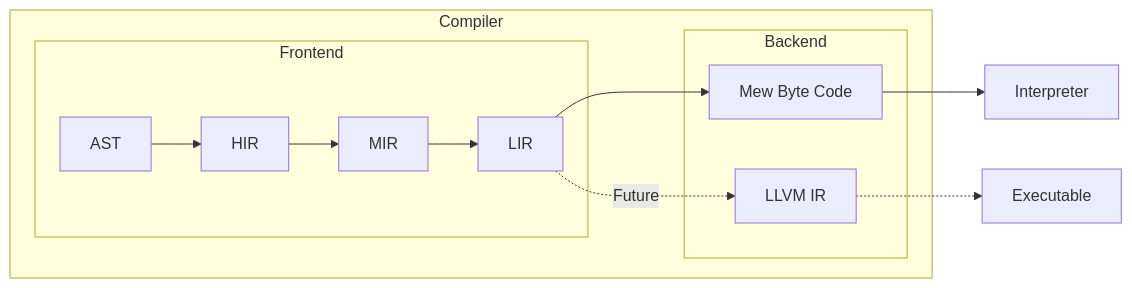
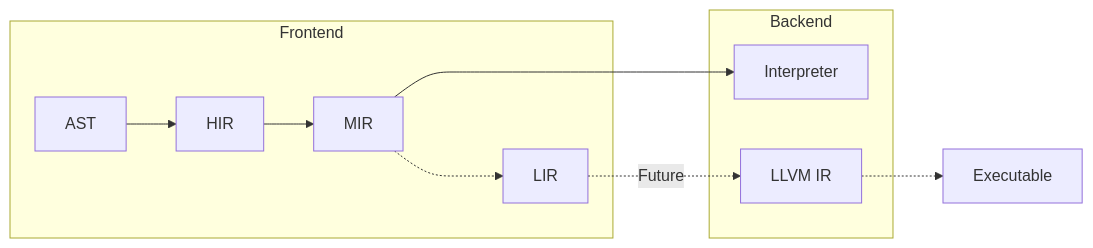
The diagram in docs/compiler/index.md (mew-lang/docs), drawn with Mermaid before and after one commit.

Commit message:
Update compiler flow chart

````diff
--- a/docs/compiler/index.md
+++ b/docs/compiler/index.md
@@ -10,16 +10,13 @@
 ```mermaid
 flowchart LR;
-    subgraph Compiler
     subgraph Frontend
     AST-->HIR
     HIR-->MIR
-    MIR-->LIR
+    MIR-..->LIR
     end
     subgraph Backend
-    LIR-->ByteCode["Mew Byte Code"]
+    MIR-->Interpreter
     LIR-. Future .->LLVM["LLVM IR"]
     end
-    end
-    ByteCode-->Interpreter
     LLVM-.->Executable
 ```
````
